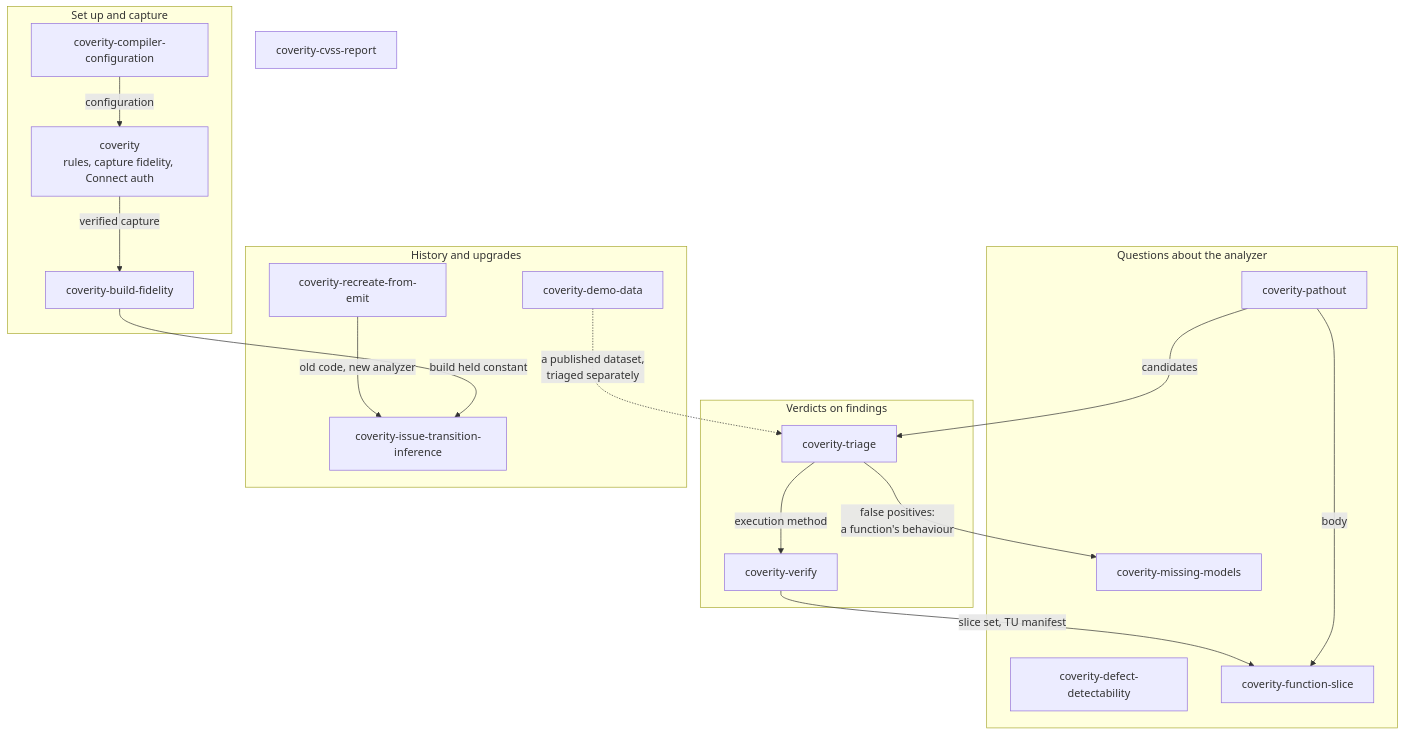
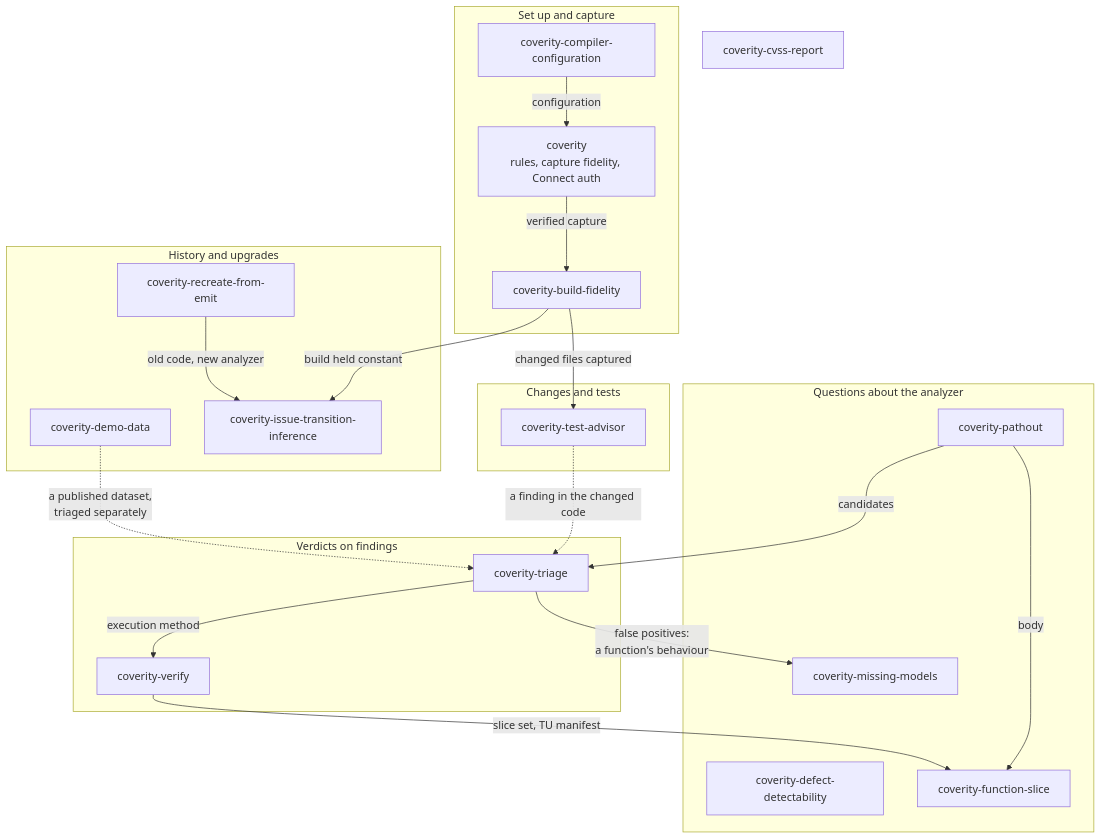
Before and after one commit to edtice-goog/CoveritySkills: the first of 9 diagrams in USE-CASES.md, drawn with Mermaid. The commit also changed other lines of this file and 1 other file, not shown here.

First line of the commit message:
USE-CASES, README: coverity-test-advisor

````diff
--- a/USE-CASES.md
+++ b/USE-CASES.md
@@ -11,35 +11,40 @@
 ```mermaid
 flowchart TB
     subgraph setup["Set up and capture"]
         CC["coverity-compiler-configuration"]
         CV["coverity<br/>rules, capture fidelity, Connect auth"]
         BF["coverity-build-fidelity"]
     end
     subgraph analyzer["Questions about the analyzer"]
         DD["coverity-defect-detectability"]
         MM["coverity-missing-models"]
         PO["coverity-pathout"]
         FS["coverity-function-slice"]
     end
     subgraph verdicts["Verdicts on findings"]
         TR["coverity-triage"]
         VE["coverity-verify"]
     end
     subgraph history["History and upgrades"]
         DM["coverity-demo-data"]
         IT["coverity-issue-transition-inference"]
         RE["coverity-recreate-from-emit"]
     end
+    subgraph changes["Changes and tests"]
+        TA["coverity-test-advisor"]
+    end
     CVSS["coverity-cvss-report"]
 
     CC -->|"configuration"| CV
+    BF -->|"changed files captured"| TA
+    TA -.->|"a finding in the changed code"| TR
     CV -->|"verified capture"| BF
     PO -->|"body"| FS
     PO -->|"candidates"| TR
     TR -->|"false positives:<br/>a function's behaviour"| MM
     DM -.->|"a published dataset,<br/>triaged separately"| TR
     TR -->|"execution method"| VE
     VE -->|"slice set, TU manifest"| FS
     BF -->|"build held constant"| IT
     RE -->|"old code, new analyzer"| IT
 ```
````
